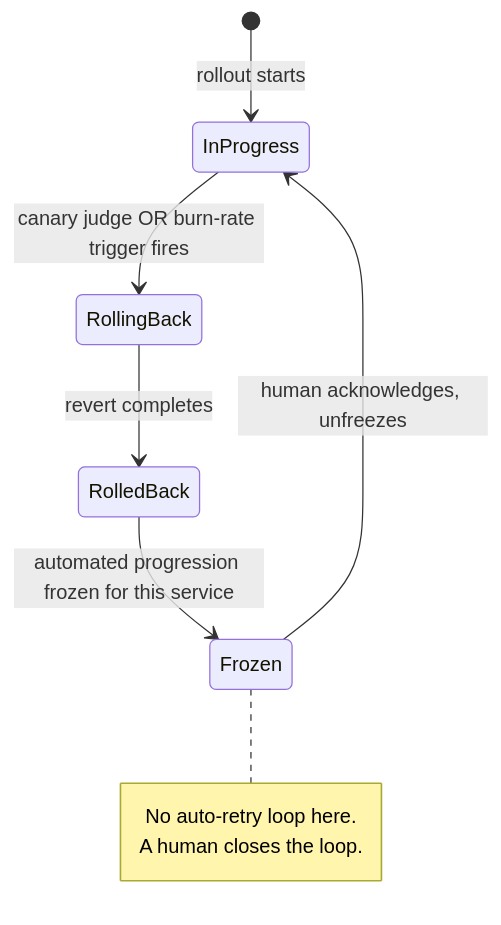
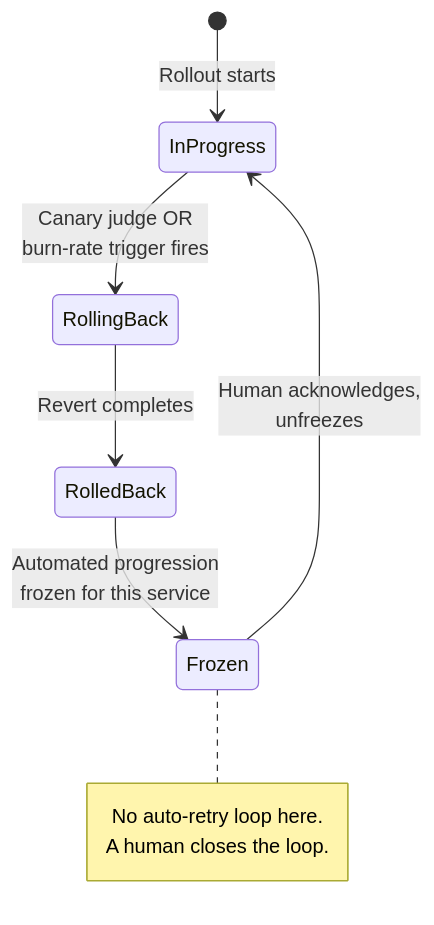
The eighth of 13 diagrams in system-design/HLD/0-course/40-Design-a-Deployment-System-FAANG-Guide-story.md (riyaz-pasha/Learnings), drawn with Mermaid before and after one commit. The commit also changed other lines of this file and 1 other file, not shown here.

Commit message:
[REWRITE] Deployment System story guide: simplify prose, add structure, fix diagrams

````diff
--- a/system-design/HLD/0-course/40-Design-a-Deployment-System-FAANG-Guide-story.md
+++ b/system-design/HLD/0-course/40-Design-a-Deployment-System-FAANG-Guide-story.md
@@ -235,12 +452,12 @@
 ```mermaid
 stateDiagram-v2
-    [*] --> InProgress: rollout starts
-    InProgress --> RollingBack: canary judge OR burn-rate trigger fires
-    RollingBack --> RolledBack: revert completes
-    RolledBack --> Frozen: automated progression frozen for this service
-    Frozen --> InProgress: human acknowledges, unfreezes
+    [*] --> InProgress: Rollout starts
+    InProgress --> RollingBack: Canary judge OR<br/>burn-rate trigger fires
+    RollingBack --> RolledBack: Revert completes
+    RolledBack --> Frozen: Automated progression<br/>frozen for this service
+    Frozen --> InProgress: Human acknowledges,<br/>unfreezes
     note right of Frozen
-      No auto-retry loop here.
-      A human closes the loop.
+        No auto-retry loop here.
+        A human closes the loop.
     end note
 ```
````
